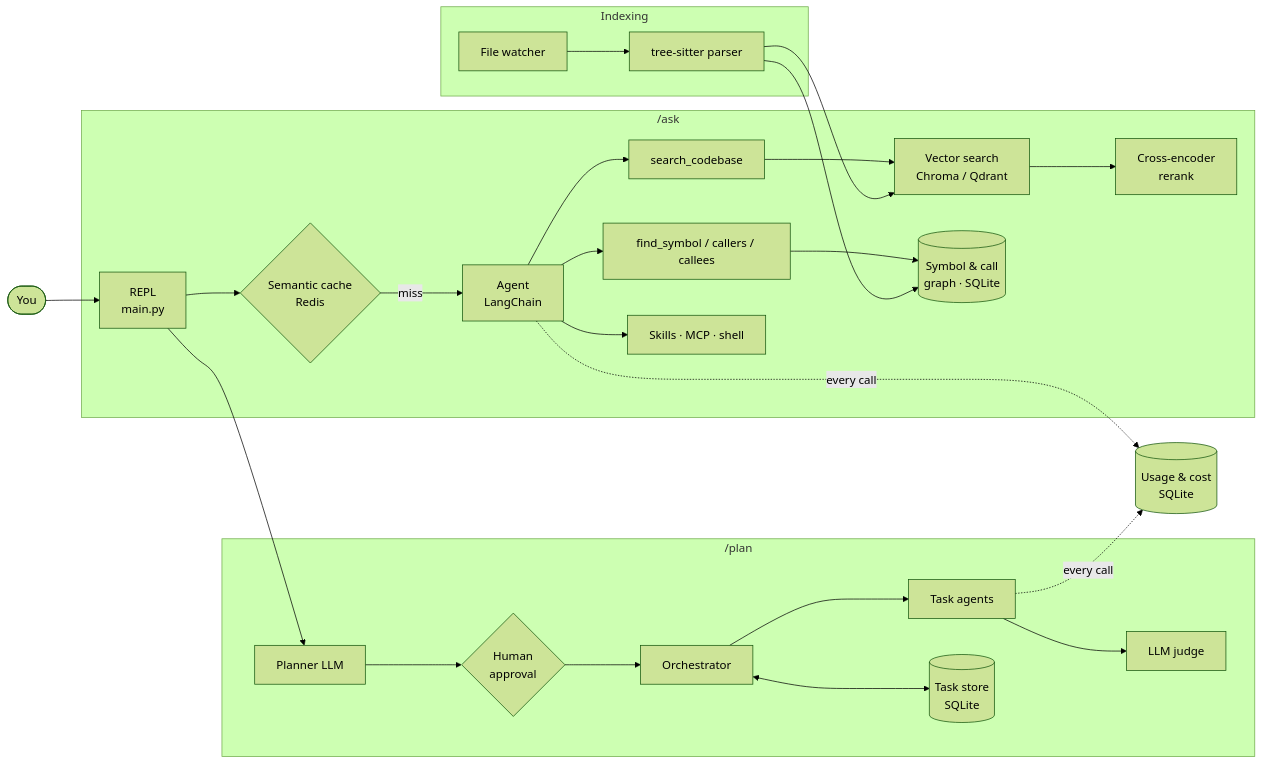
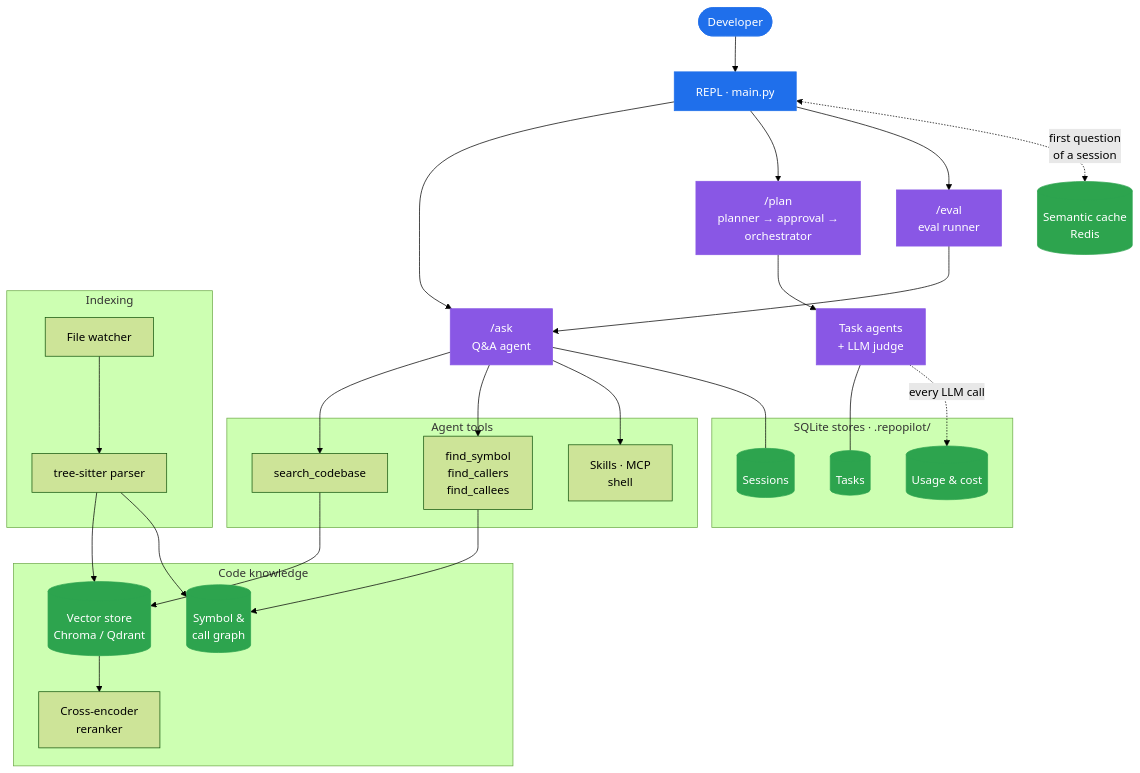
Before and after one commit to Parth-Babariya/RepoPilot: the first of 7 diagrams in README.md, drawn with Mermaid (forest theme). The commit also changed other lines of this file, not shown here.

Commit message:
Rewrite README with architecture diagrams

````diff
--- a/README.md
+++ b/README.md
@@ -43,29 +59,50 @@
 ```mermaid
-flowchart LR
-    U([You]) --> CLI[REPL<br/>main.py]
+flowchart TB
+    dev(["Developer"]) --> repl["REPL · main.py"]
 
-    subgraph Ask["/ask"]
-        CLI --> C{Semantic cache<br/>Redis}
-        C -- miss --> A[Agent<br/>LangChain]
-        A --> T1[search_codebase]
-        A --> T2[find_symbol / callers / callees]
-        A --> T3[Skills · MCP · shell]
-        T1 --> R[Vector search<br/>Chroma / Qdrant] --> RR[Cross-encoder<br/>rerank]
-        T2 --> S[(Symbol & call<br/>graph · SQLite)]
+    repl --> ask["/ask<br/>Q&A agent"]
+    repl --> plan["/plan<br/>planner → approval →<br/>orchestrator"]
+    repl --> evalr["/eval<br/>eval runner"]
+    repl <-. "first question<br/>of a session" .-> cache[("Semantic cache<br/>Redis")]
+
+    evalr --> ask
+    plan --> workers["Task agents<br/>+ LLM judge"]
+
+    subgraph tools["Agent tools"]
+        search["search_codebase"]
+        symtools["find_symbol<br/>find_callers<br/>find_callees"]
+        ext["Skills · MCP<br/>shell"]
     end
+    ask --> search
+    ask --> symtools
+    ask --> ext
 
-    subgraph Plan["/plan"]
-        CLI --> P[Planner LLM] --> AP{Human<br/>approval}
-        AP --> O[Orchestrator] --> X[Task agents] --> J[LLM judge]
-        O <--> DB[(Task store<br/>SQLite)]
+    subgraph knowledge["Code knowledge"]
+        vec[("Vector store<br/>Chroma / Qdrant")] --> rerank["Cross-encoder<br/>reranker"]
+        symgraph[("Symbol &<br/>call graph")]
     end
+    search --> vec
+    symtools --> symgraph
 
-    subgraph Index["Indexing"]
-        W[File watcher] --> TS[tree-sitter parser]
-        TS --> R
-        TS --> S
+    subgraph indexing["Indexing"]
+        watcher["File watcher"] --> parser["tree-sitter parser"]
     end
+    parser --> vec
+    parser --> symgraph
 
-    A -. every call .-> M[(Usage & cost<br/>SQLite)]
-    X -. every call .-> M
+    subgraph storage["SQLite stores · .repopilot/"]
+        mem[("Sessions")]
+        tasks[("Tasks")]
+        usage[("Usage & cost")]
+    end
+    ask --- mem
+    workers --- tasks
+    workers -. every LLM call .-> usage
+
+    classDef entry fill:#1f6feb,stroke:#1f6feb,color:#fff
+    classDef agent fill:#8957e5,stroke:#8957e5,color:#fff
+    classDef store fill:#2da44e,stroke:#2da44e,color:#fff
+    class dev,repl entry
+    class ask,plan,evalr,workers agent
+    class cache,vec,symgraph,mem,tasks,usage store
 ```
````
